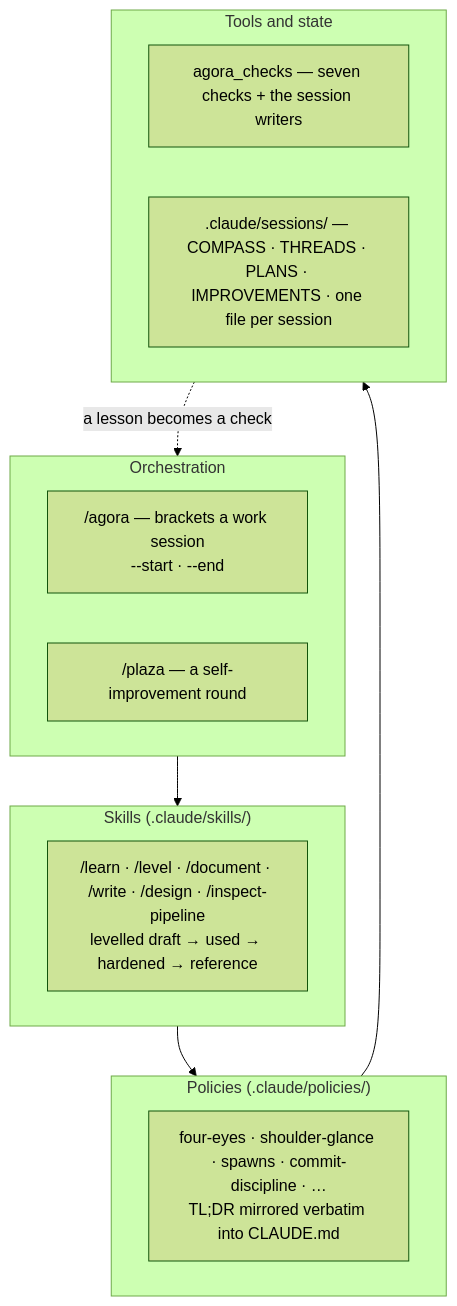
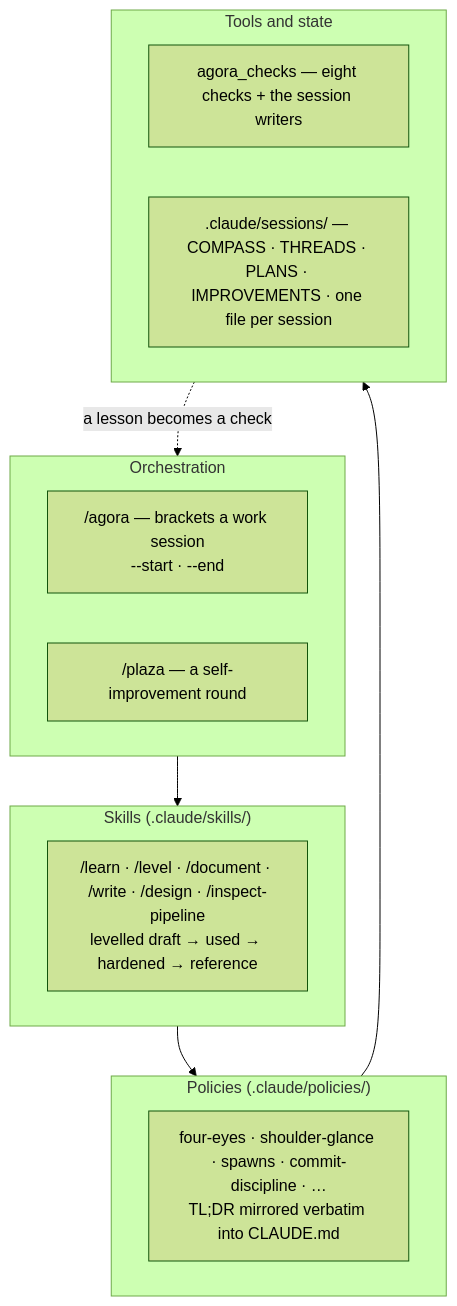
One commit to riccardito/agora-method changed the first of 2 diagrams in README.md. Above: the diagram before and after it, drawn with Mermaid (forest theme). The commit also changed other lines of this file and 47 other files, not shown here.

````diff
--- a/README.md
+++ b/README.md
@@ -85,19 +85,19 @@
 ```mermaid
 flowchart TB
     subgraph L1["Orchestration"]
         A["/agora — brackets a work session<br/>--start · --end"]
         P["/plaza — a self-improvement round"]
     end
     subgraph L2["Skills  (.claude/skills/)"]
         S["/learn · /level · /document · /write · /design · /inspect-pipeline<br/>levelled draft → used → hardened → reference"]
     end
     subgraph L3["Policies  (.claude/policies/)"]
         R["four-eyes · shoulder-glance · spawns · commit-discipline · …<br/>TL;DR mirrored verbatim into CLAUDE.md"]
     end
     subgraph L4["Tools and state"]
-        C["agora_checks — seven checks + the session writers"]
+        C["agora_checks — eight checks + the session writers"]
         F[".claude/sessions/ — COMPASS · THREADS · PLANS · IMPROVEMENTS · one file per session"]
     end
     L1 --> L2 --> L3 --> L4
     L4 -. "a lesson becomes a check" .-> L1
 ```
````
